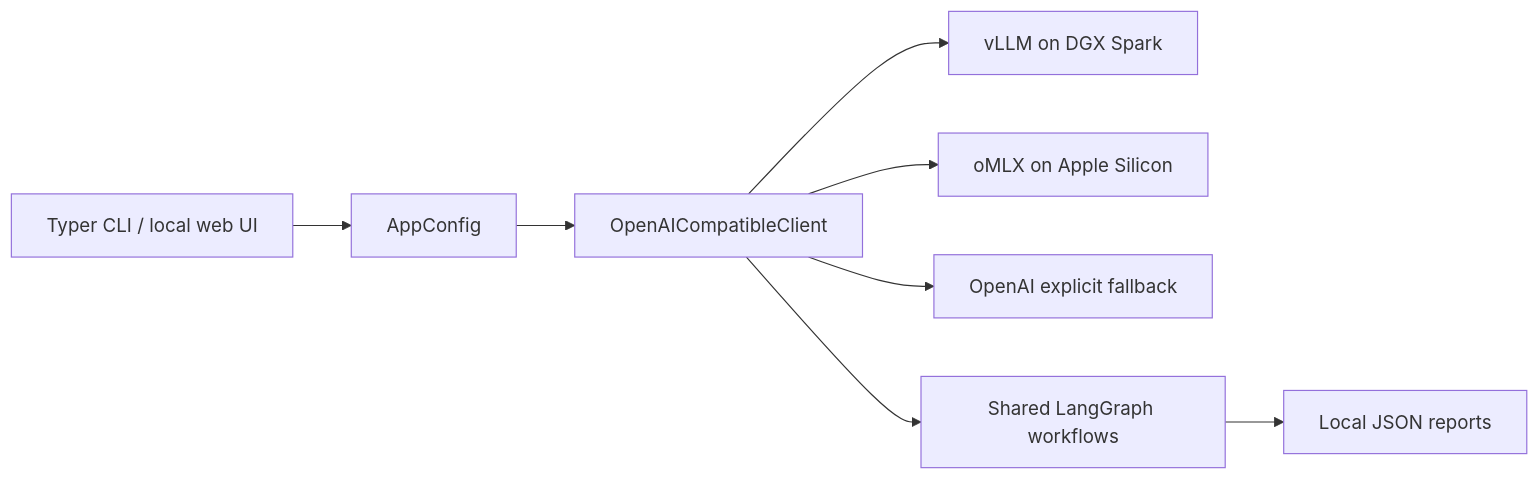
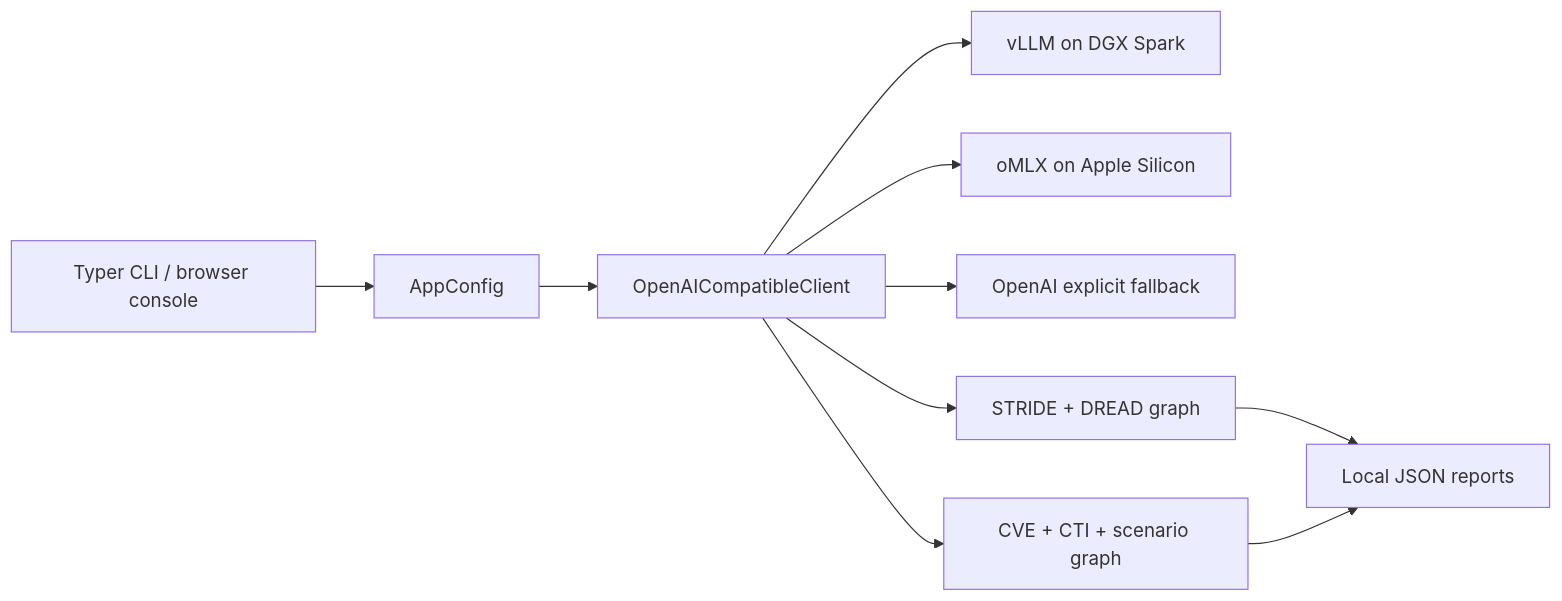
Before and after one commit to sw30labs/LangGraph_STRIDE: the diagram in README.md, drawn with Mermaid. The commit also changed other lines of this file and 7 other files, not shown here.

````diff
--- a/README.md
+++ b/README.md
@@ -13,10 +13,12 @@
 ```mermaid
 flowchart LR
-    UI["Typer CLI / local web UI"] --> CFG["AppConfig"]
+    ENTRY["Typer CLI / browser console"] --> CFG["AppConfig"]
     CFG --> CLIENT["OpenAICompatibleClient"]
     CLIENT --> VLLM["vLLM on DGX Spark"]
     CLIENT --> OMLX["oMLX on Apple Silicon"]
     CLIENT --> OPENAI["OpenAI explicit fallback"]
-    CLIENT --> GRAPH["Shared LangGraph workflows"]
-    GRAPH --> JSON["Local JSON reports"]
+    CLIENT --> TM["STRIDE + DREAD graph"]
+    CLIENT --> SC["CVE + CTI + scenario graph"]
+    TM --> JSON["Local JSON reports"]
+    SC --> JSON
 ```
````
